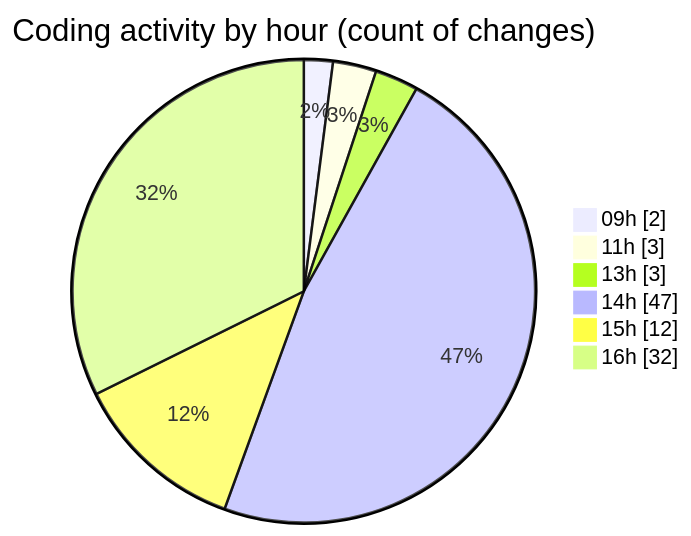
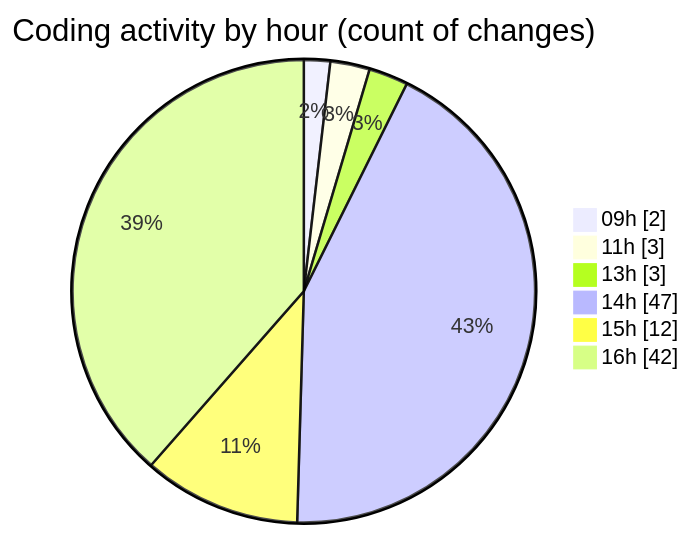
Before and after one commit to julien-gomy/code-tracking: the second of 2 diagrams in 2025-11-10/eventscop-frontend-guide__workspace_/README.md, drawn with Mermaid. The commit also changed other lines of this file and 1 other file, not shown here.

````diff
--- a/2025-11-10/eventscop-frontend-guide__workspace_/README.md
+++ b/2025-11-10/eventscop-frontend-guide__workspace_/README.md
@@ -65,10 +68,10 @@
 ```mermaid
 pie showData
 title Coding activity by hour (count of changes)
 "09h" : 2
 "11h" : 3
 "13h" : 3
 "14h" : 47
 "15h" : 12
-"16h" : 32
+"16h" : 42
 ```
````
